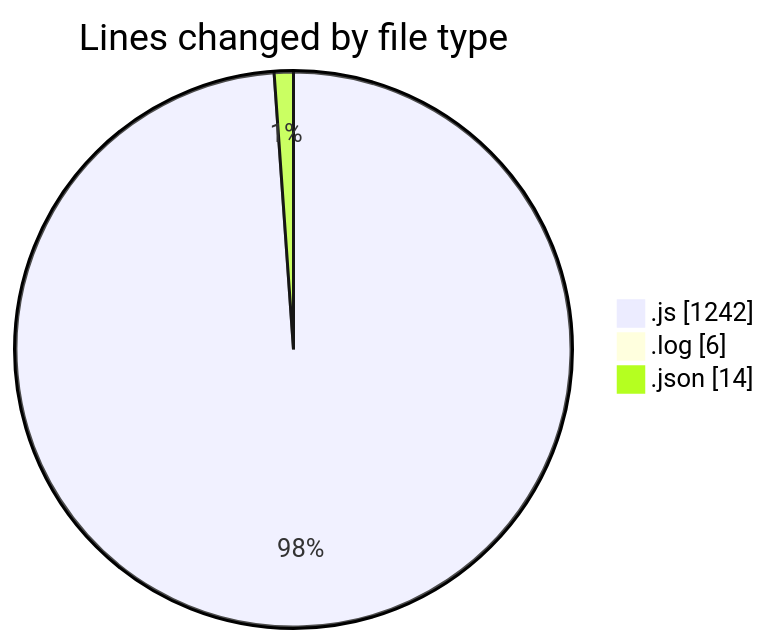
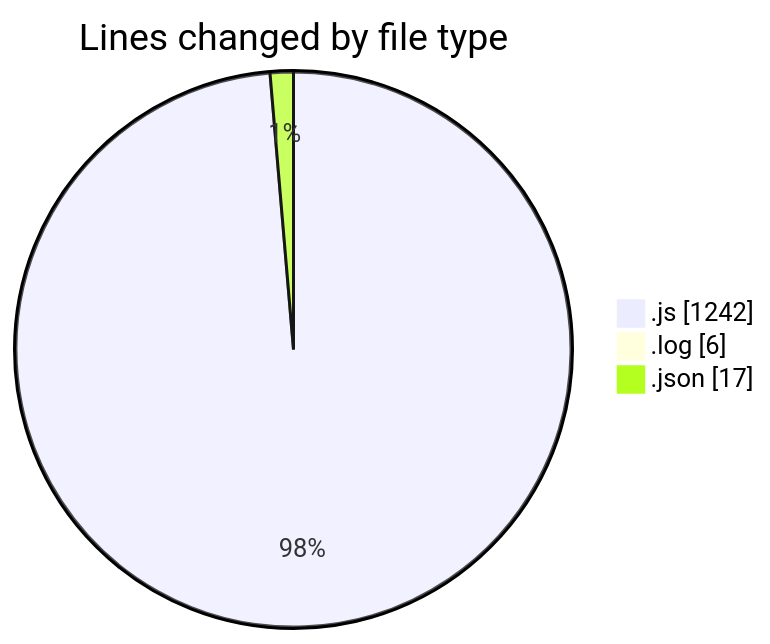
Before and after one commit to BS-eng2023/code-tracking: the first of 2 diagrams in 2025-03-31/jsvms/README.md, drawn with Mermaid. The commit also changed other lines of this file and 1 other file, not shown here.

````diff
--- a/2025-03-31/jsvms/README.md
+++ b/2025-03-31/jsvms/README.md
@@ -34,7 +34,7 @@
 ```mermaid
 pie showData
 title Lines changed by file type
 ".js" : 1242
 ".log" : 6
-".json" : 14
+".json" : 17
 ```
````
